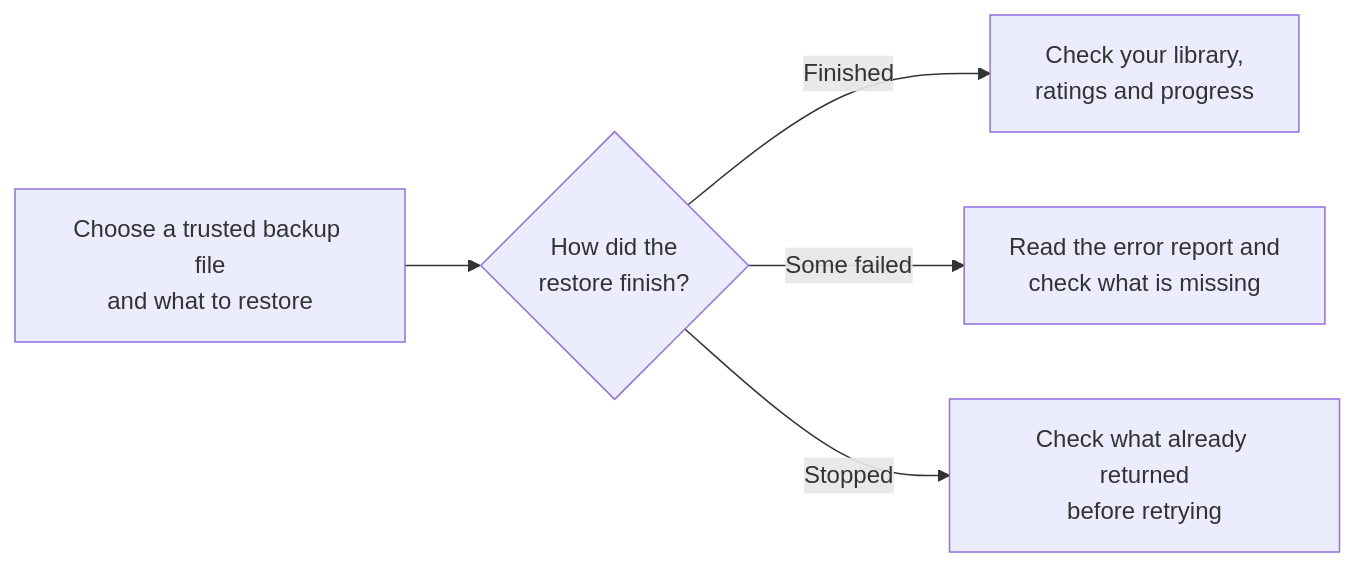
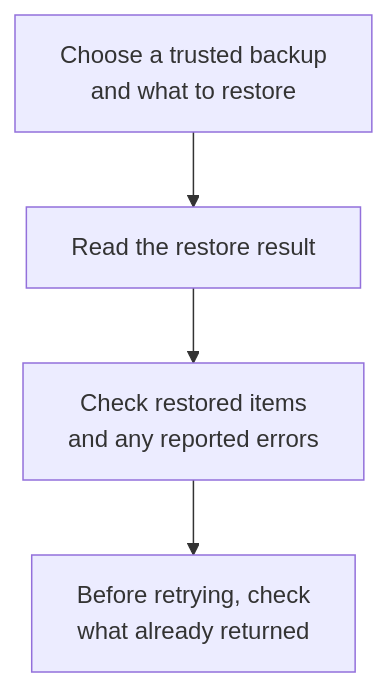
One commit to FancyCorey/komikku-fc changed the second of 4 diagrams in docs/kmk/feature-guides/backups.md. Above: the diagram before and after it, drawn with Mermaid. The commit also changed other lines of this file and 29 other files, not shown here.

````diff
--- a/docs/kmk/feature-guides/backups.md
+++ b/docs/kmk/feature-guides/backups.md
@@ -50,7 +50,6 @@
 ```mermaid
-flowchart LR
-    File["Choose a trusted backup file<br/>and what to restore"] --> Result{"How did the<br/>restore finish?"}
-    Result -->|Finished| Check["Check your library,<br/>ratings and progress"]
-    Result -->|Some failed| Errors["Read the error report and<br/>check what is missing"]
-    Result -->|Stopped| Partial["Check what already returned<br/>before retrying"]
+flowchart TD
+    File["Choose a trusted backup<br/>and what to restore"] --> Result["Read the restore result"]
+    Result --> Check["Check restored items<br/>and any reported errors"]
+    Check --> Retry["Before retrying, check<br/>what already returned"]
 ```
````
